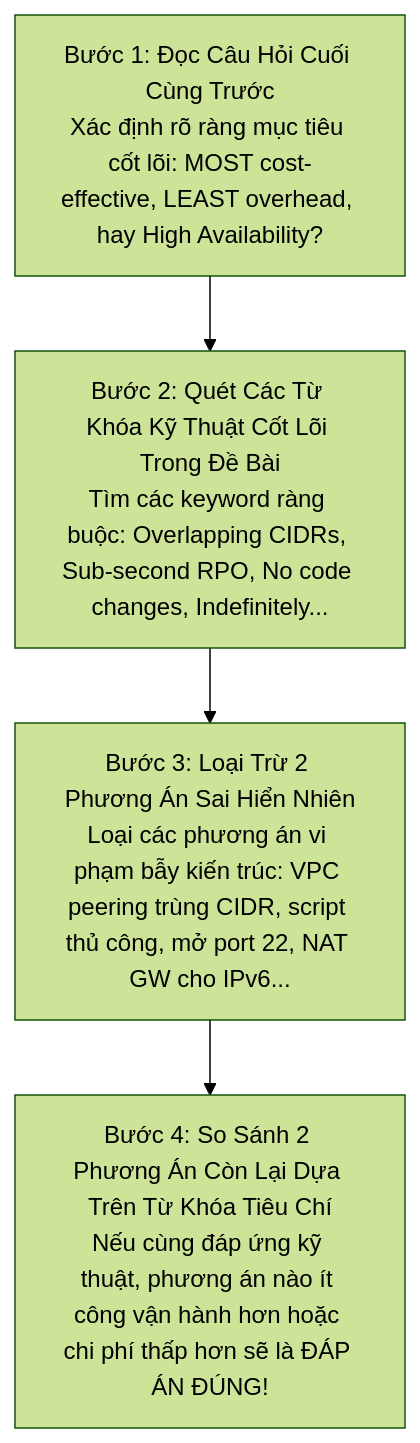
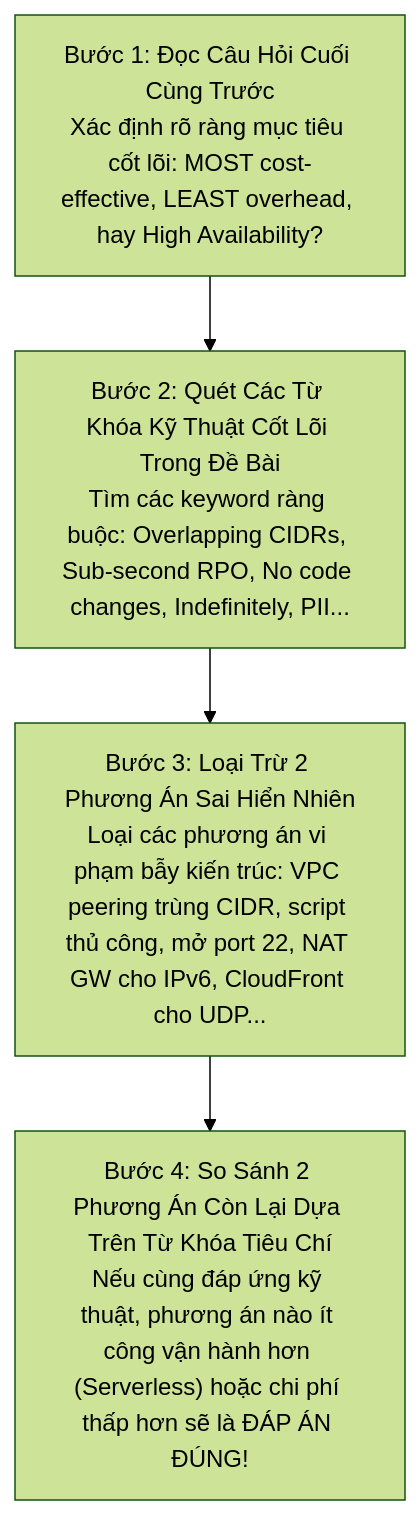
One commit to nhatphanhk/AWS_XBrain_Note changed the fourth of 4 diagrams in EXAM_VOCABULARY.md. Above: the diagram before and after it, drawn with Mermaid (forest theme). The commit also changed other lines of this file and 29 other files, not shown here.

````diff
--- a/EXAM_VOCABULARY.md
+++ b/EXAM_VOCABULARY.md
@@ -257,6 +312,6 @@
 ```mermaid
 flowchart TD
-    Step1["Bước 1: Đọc Câu Hỏi Cuối Cùng Trước\nXác định rõ ràng mục tiêu cốt lõi: MOST cost-effective, LEAST overhead, hay High Availability?"] --> Step2["Bước 2: Quét Các Từ Khóa Kỹ Thuật Cốt Lõi Trong Đề Bài\nTìm các keyword ràng buộc: Overlapping CIDRs, Sub-second RPO, No code changes, Indefinitely..."]
-    Step2 --> Step3["Bước 3: Loại Trừ 2 Phương Án Sai Hiển Nhiên\nLoại các phương án vi phạm bẫy kiến trúc: VPC peering trùng CIDR, script thủ công, mở port 22, NAT GW cho IPv6..."]
-    Step3 --> Step4["Bước 4: So Sánh 2 Phương Án Còn Lại Dựa Trên Từ Khóa Tiêu Chí\nNếu cùng đáp ứng kỹ thuật, phương án nào ít công vận hành hơn hoặc chi phí thấp hơn sẽ là ĐÁP ÁN ĐÚNG!"]
+    Step1["Bước 1: Đọc Câu Hỏi Cuối Cùng Trước\nXác định rõ ràng mục tiêu cốt lõi: MOST cost-effective, LEAST overhead, hay High Availability?"] --> Step2["Bước 2: Quét Các Từ Khóa Kỹ Thuật Cốt Lõi Trong Đề Bài\nTìm các keyword ràng buộc: Overlapping CIDRs, Sub-second RPO, No code changes, Indefinitely, PII..."]
+    Step2 --> Step3["Bước 3: Loại Trừ 2 Phương Án Sai Hiển Nhiên\nLoại các phương án vi phạm bẫy kiến trúc: VPC peering trùng CIDR, script thủ công, mở port 22, NAT GW cho IPv6, CloudFront cho UDP..."]
+    Step3 --> Step4["Bước 4: So Sánh 2 Phương Án Còn Lại Dựa Trên Từ Khóa Tiêu Chí\nNếu cùng đáp ứng kỹ thuật, phương án nào ít công vận hành hơn (Serverless) hoặc chi phí thấp hơn sẽ là ĐÁP ÁN ĐÚNG!"]
 ```
````
